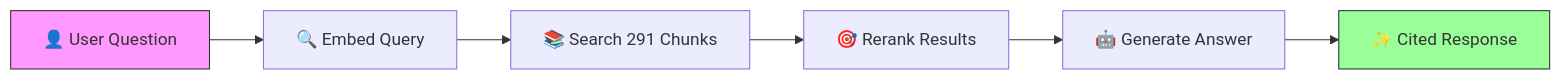
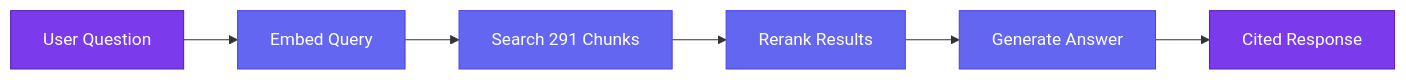
The diagram in docs/index.md (ocanthony4real/Nigeria-Tax-Bill-Chatbox), drawn with Mermaid before and after one commit. The commit also changed other lines of this file and 2 other files, not shown here.

Commit message:
Remove emojis, fix mermaid colors, add demo video, fix PDF path

````diff
--- a/docs/index.md
+++ b/docs/index.md
@@ -149,11 +127,15 @@
 ```mermaid
 flowchart LR
-    A[👤 User Question] --> B[🔍 Embed Query]
-    B --> C[📚 Search 291 Chunks]
-    C --> D[🎯 Rerank Results]
-    D --> E[🤖 Generate Answer]
-    E --> F[✨ Cited Response]
+    A[User Question] --> B[Embed Query]
+    B --> C[Search 291 Chunks]
+    C --> D[Rerank Results]
+    D --> E[Generate Answer]
+    E --> F[Cited Response]
 
-    style A fill:#f9f,stroke:#333
-    style F fill:#9f9,stroke:#333
+    style A fill:#7c3aed,stroke:#5b21b6,color:#fff
+    style B fill:#6366f1,stroke:#4f46e5,color:#fff
+    style C fill:#6366f1,stroke:#4f46e5,color:#fff
+    style D fill:#6366f1,stroke:#4f46e5,color:#fff
+    style E fill:#6366f1,stroke:#4f46e5,color:#fff
+    style F fill:#7c3aed,stroke:#5b21b6,color:#fff
 ```
````
